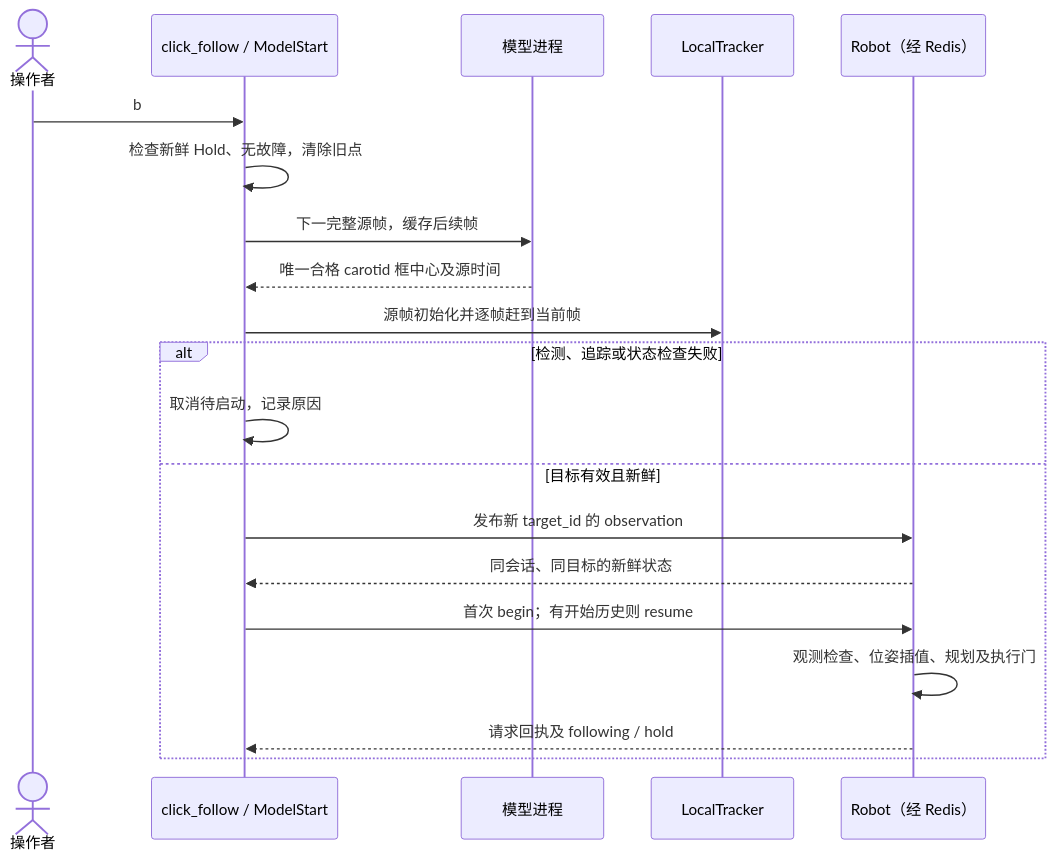
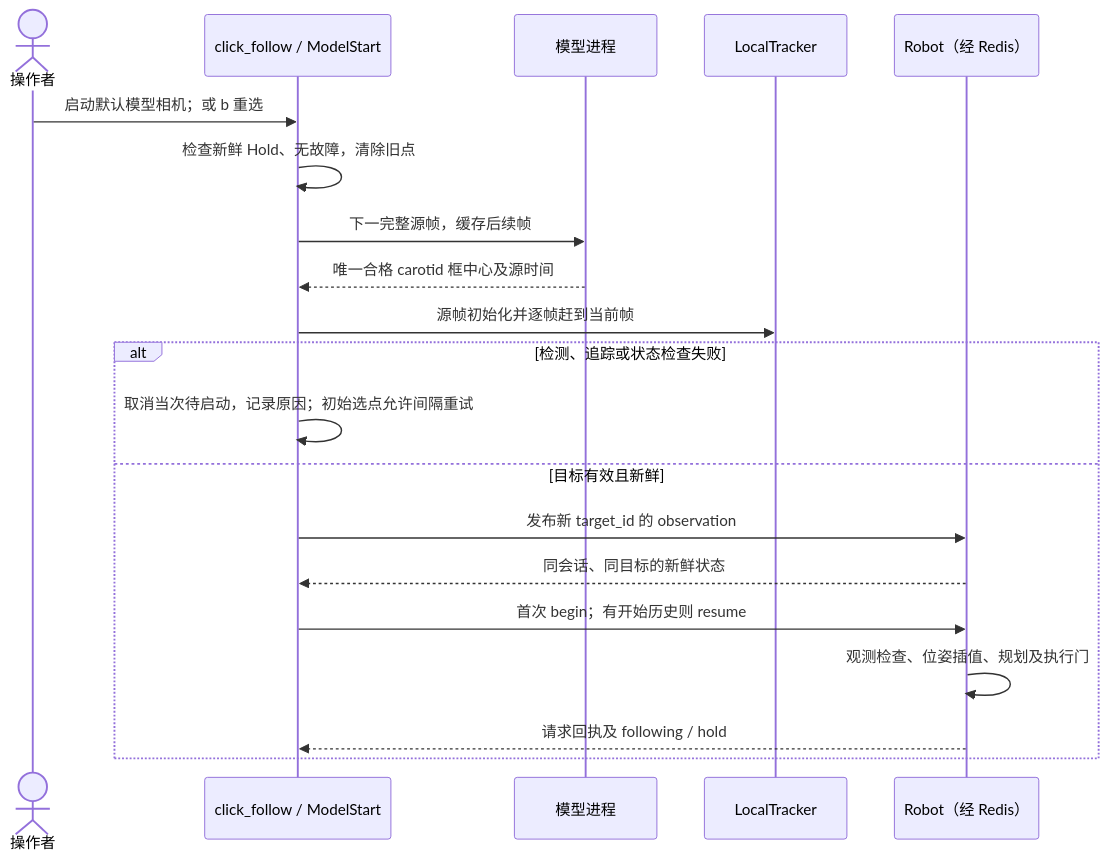
One commit to Sadstrawberrysc/cair-arm changed the third of 6 diagrams in infer/Camera_wrist/ARCHITECTURE.md. Above: the diagram before and after it, drawn with Mermaid. The commit also changed other lines of this file and 57 other files, not shown here.

````diff
--- a/infer/Camera_wrist/ARCHITECTURE.md
+++ b/infer/Camera_wrist/ARCHITECTURE.md
@@ -156,22 +167,22 @@
 ```mermaid
 sequenceDiagram
     actor U as 操作者
     participant C as click_follow / ModelStart
     participant M as 模型进程
     participant T as LocalTracker
     participant R as Robot（经 Redis）
-    U->>C: b
+    U->>C: 启动默认模型相机；或 b 重选
     C->>C: 检查新鲜 Hold、无故障，清除旧点
     C->>M: 下一完整源帧，缓存后续帧
     M-->>C: 唯一合格 carotid 框中心及源时间
     C->>T: 源帧初始化并逐帧赶到当前帧
     alt 检测、追踪或状态检查失败
-        C->>C: 取消待启动，记录原因
+        C->>C: 取消当次待启动，记录原因；初始选点允许间隔重试
     else 目标有效且新鲜
         C->>R: 发布新 target_id 的 observation
         R-->>C: 同会话、同目标的新鲜状态
         C->>R: 首次 begin；有开始历史则 resume
         R->>R: 观测检查、位姿插值、规划及执行门
         R-->>C: 请求回执及 following / hold
     end
 ```
````
